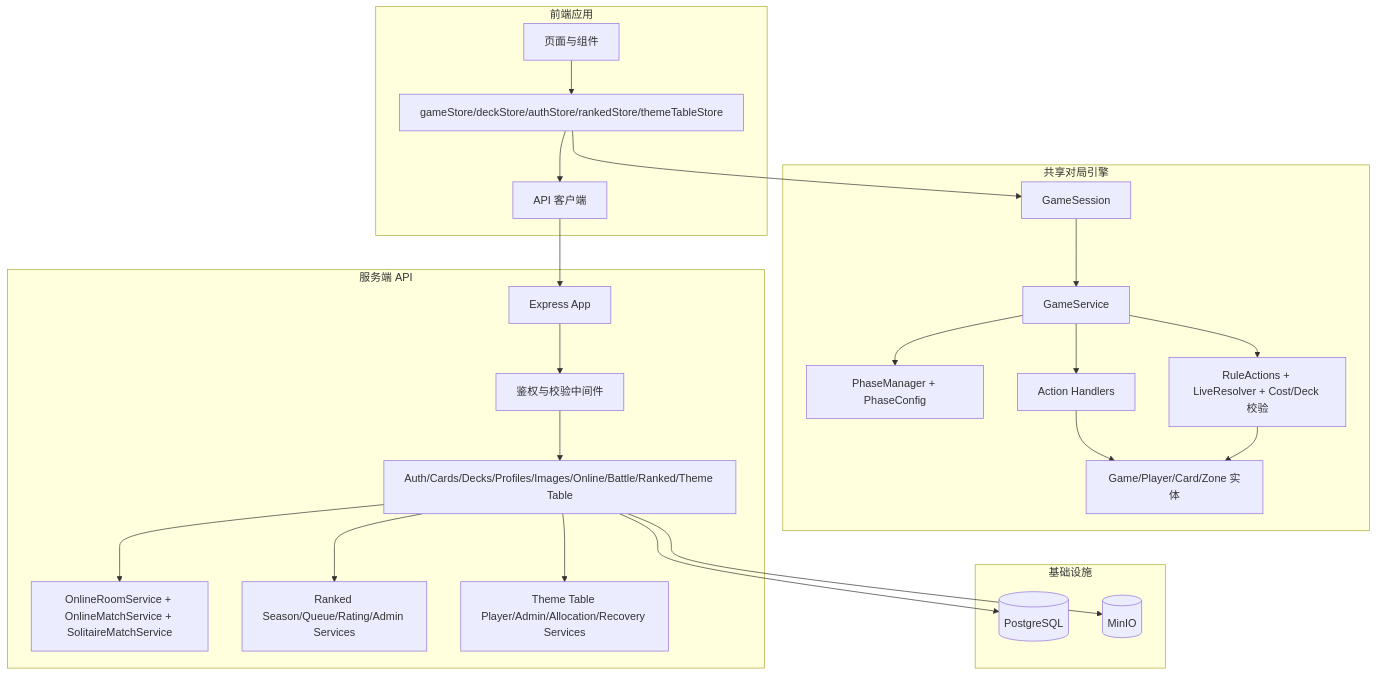
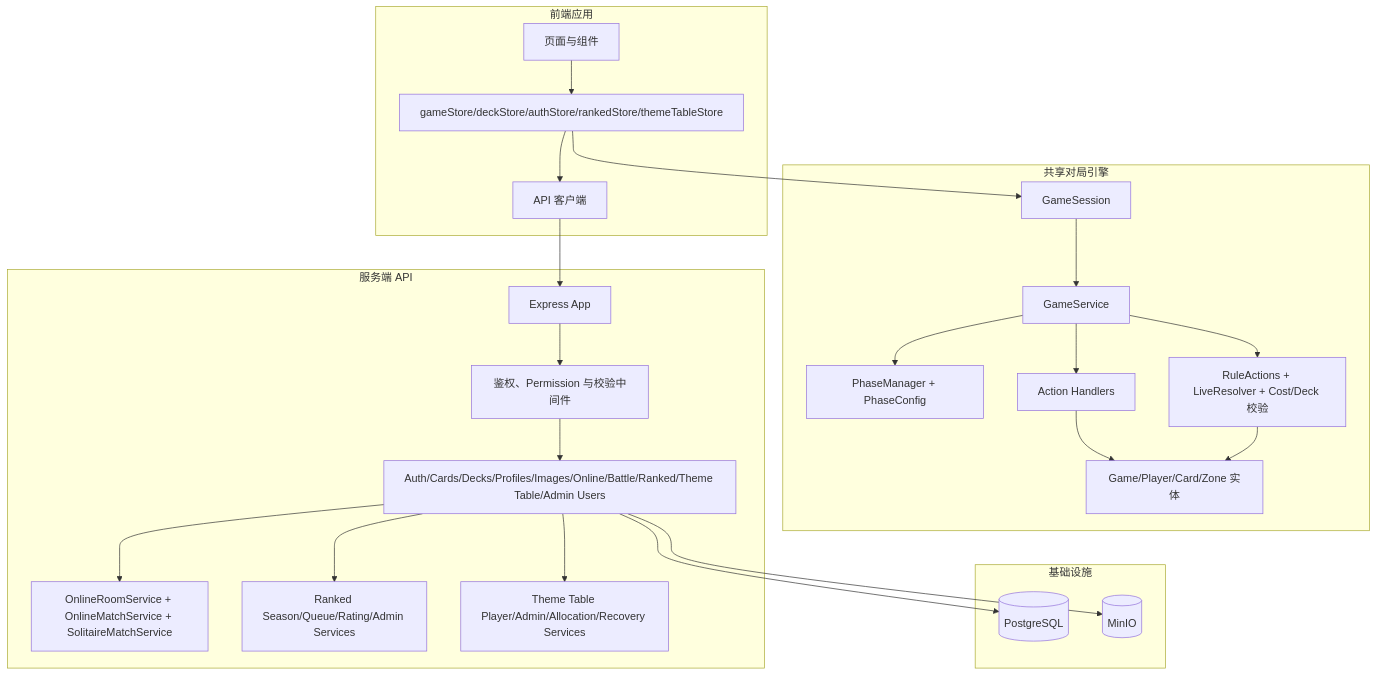
Before and after one commit to catmeow123456/loveca-dev: the first of 9 diagrams in docs/system-design.md, drawn with Mermaid. The commit also changed other lines of this file and 54 other files, not shown here.

````diff
--- a/docs/system-design.md
+++ b/docs/system-design.md
@@ -33,50 +33,50 @@
 ```mermaid
 graph TB
     subgraph Client[前端应用]
         UI[页面与组件]
         GS[gameStore/deckStore/authStore/rankedStore/themeTableStore]
         APIClient[API 客户端]
     end
 
     subgraph Engine[共享对局引擎]
         Session[GameSession]
         Service[GameService]
         Phase[PhaseManager + PhaseConfig]
         Handlers[Action Handlers]
         Rules[RuleActions + LiveResolver + Cost/Deck 校验]
         Domain[Game/Player/Card/Zone 实体]
     end
 
     subgraph Server[服务端 API]
         App[Express App]
-        Routes[Auth/Cards/Decks/Profiles/Images/Online/Battle/Ranked/Theme Table]
-        Middleware[鉴权与校验中间件]
+        Routes[Auth/Cards/Decks/Profiles/Images/Online/Battle/Ranked/Theme Table/Admin Users]
+        Middleware[鉴权、Permission 与校验中间件]
         OnlineSvc[OnlineRoomService + OnlineMatchService + SolitaireMatchService]
         RankedSvc[Ranked Season/Queue/Rating/Admin Services]
         ThemeSvc[Theme Table Player/Admin/Allocation/Recovery Services]
     end
 
     subgraph Infra[基础设施]
         PG[(PostgreSQL)]
         MinIO[(MinIO)]
     end
 
     UI --> GS
     GS --> Session
     Session --> Service
     Service --> Phase
     Service --> Handlers
     Service --> Rules
     Handlers --> Domain
     Rules --> Domain
 
     GS --> APIClient
     APIClient --> App
     App --> Middleware
     Middleware --> Routes
     Routes --> OnlineSvc
     Routes --> RankedSvc
     Routes --> ThemeSvc
     Routes --> PG
     Routes --> MinIO
 ```
````
